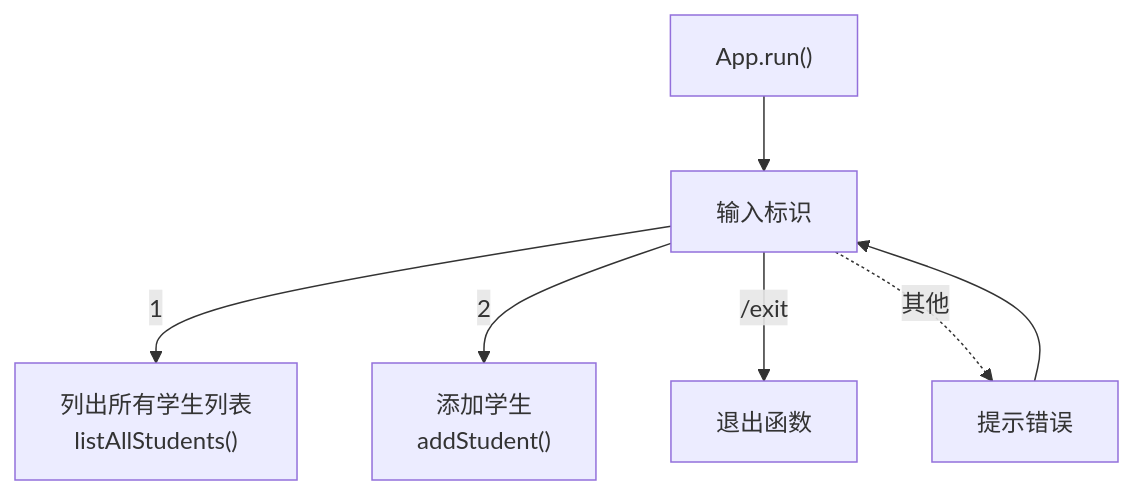
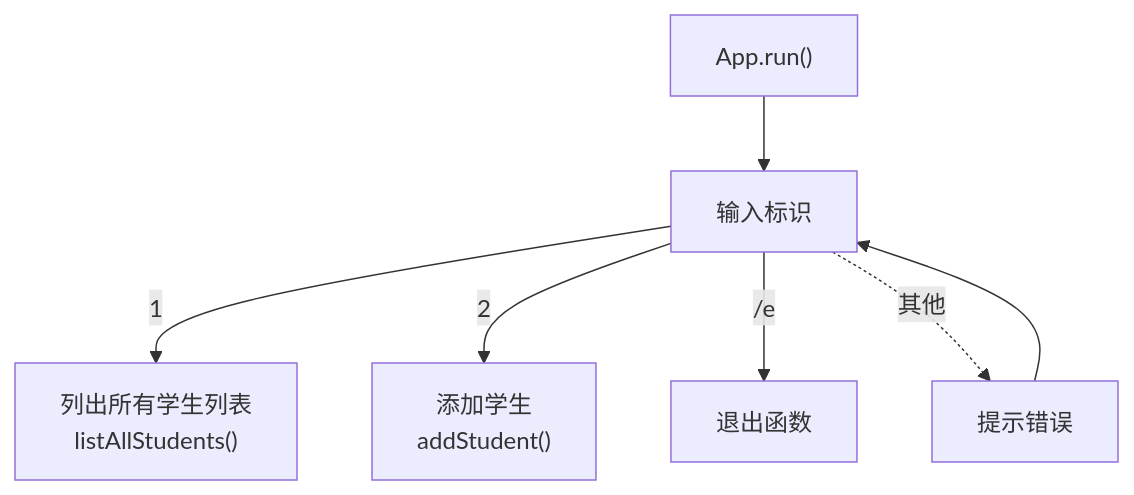
The second of 19 diagrams in README.md (forer-lika777/Heyiwei), drawn with Mermaid before and after one commit. The commit also changed other lines of this file and 9 other files, not shown here.

````diff
--- a/README.md
+++ b/README.md
@@ -795,9 +143,9 @@
 ```mermaid
 flowchart TD
 	start["App.run()"] --> entry[输入标识]
 	entry --> |1| list_all_students["列出所有学生列表<br/>listAllStudents()"]
 	entry --> |2| add_student["添加学生<br/>addStudent()"]
-	entry --> |/exit| exit[退出函数]
+	entry --> |/e| exit[退出函数]
 	entry -.-> |其他| prompt_error[提示错误]
 	prompt_error --> entry
 ```
````
